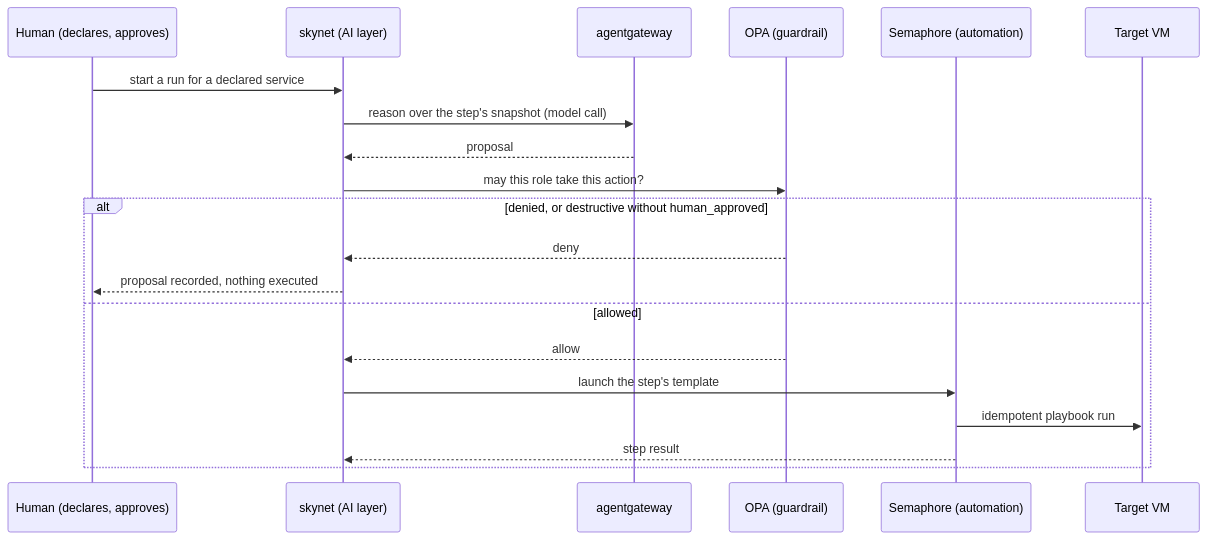
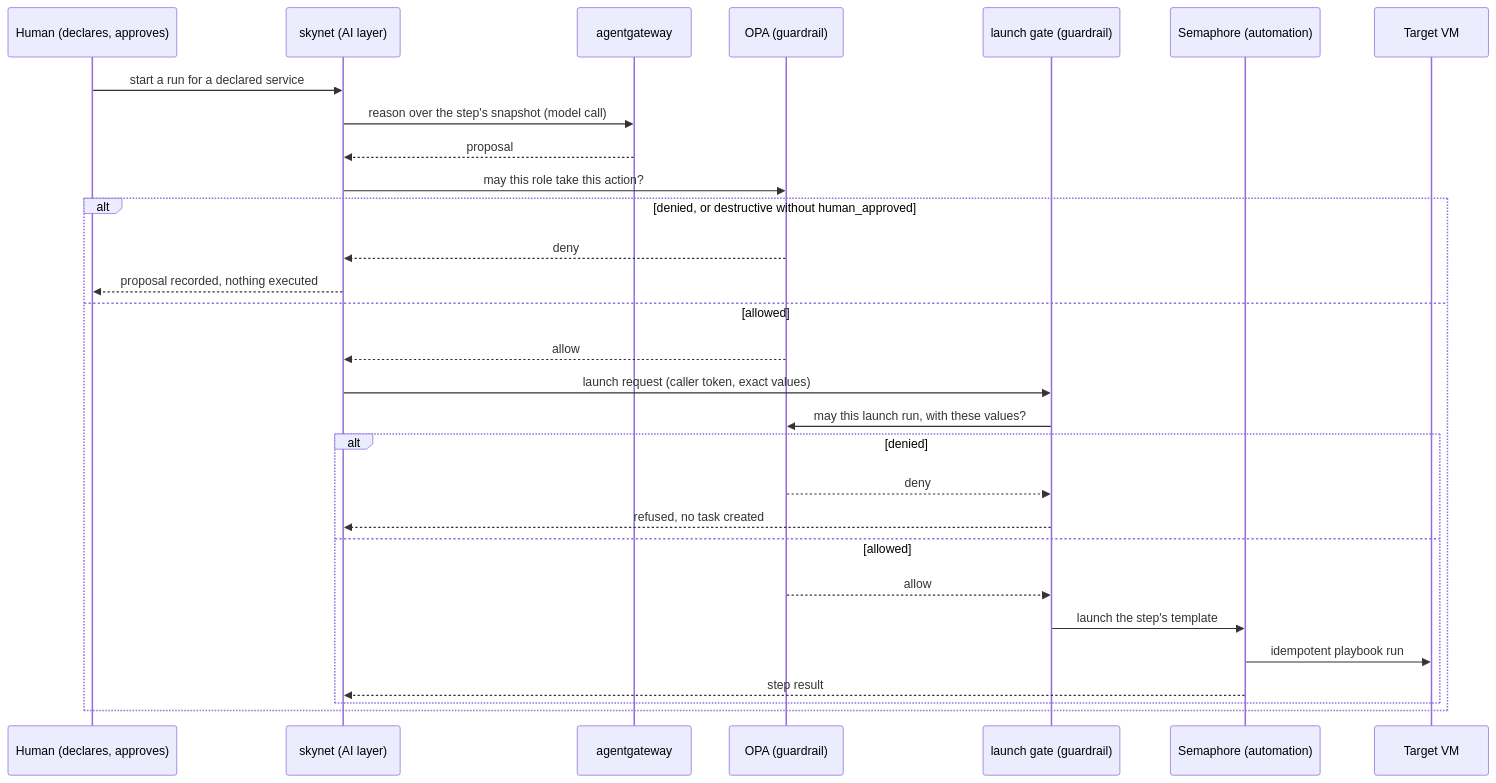
Before and after one commit to uhstray-io/agent-cloud: the sixth of 10 diagrams in plan/architecture/service-architecture.md, drawn with Mermaid. The commit also changed other lines of this file and 1 other file, not shown here.

Commit message:
docs(launch-gate): show the gate in the runtime diagrams; name the settings OPA bounds

````diff
--- a/plan/architecture/service-architecture.md
+++ b/plan/architecture/service-architecture.md
@@ -329,22 +332,31 @@
 ```mermaid
 sequenceDiagram
     participant H as Human (declares, approves)
     participant SK as skynet (AI layer)
     participant GW as agentgateway
     participant OPA as OPA (guardrail)
+    participant LG as launch gate (guardrail)
     participant SEM as Semaphore (automation)
     participant T as Target VM
     H->>SK: start a run for a declared service
     SK->>GW: reason over the step's snapshot (model call)
     GW-->>SK: proposal
     SK->>OPA: may this role take this action?
     alt denied, or destructive without human_approved
         OPA-->>SK: deny
         SK-->>H: proposal recorded, nothing executed
     else allowed
         OPA-->>SK: allow
-        SK->>SEM: launch the step's template
-        SEM->>T: idempotent playbook run
-        SEM-->>SK: step result
+        SK->>LG: launch request (caller token, exact values)
+        LG->>OPA: may this launch run, with these values?
+        alt denied
+            OPA-->>LG: deny
+            LG-->>SK: refused, no task created
+        else allowed
+            OPA-->>LG: allow
+            LG->>SEM: launch the step's template
+            SEM->>T: idempotent playbook run
+            SEM-->>SK: step result
+        end
     end
 ```
````
